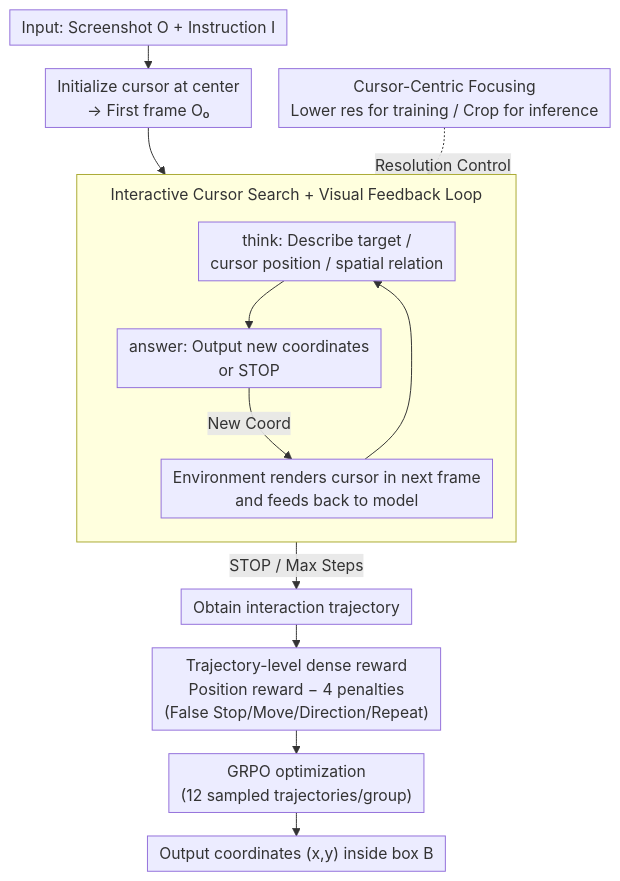
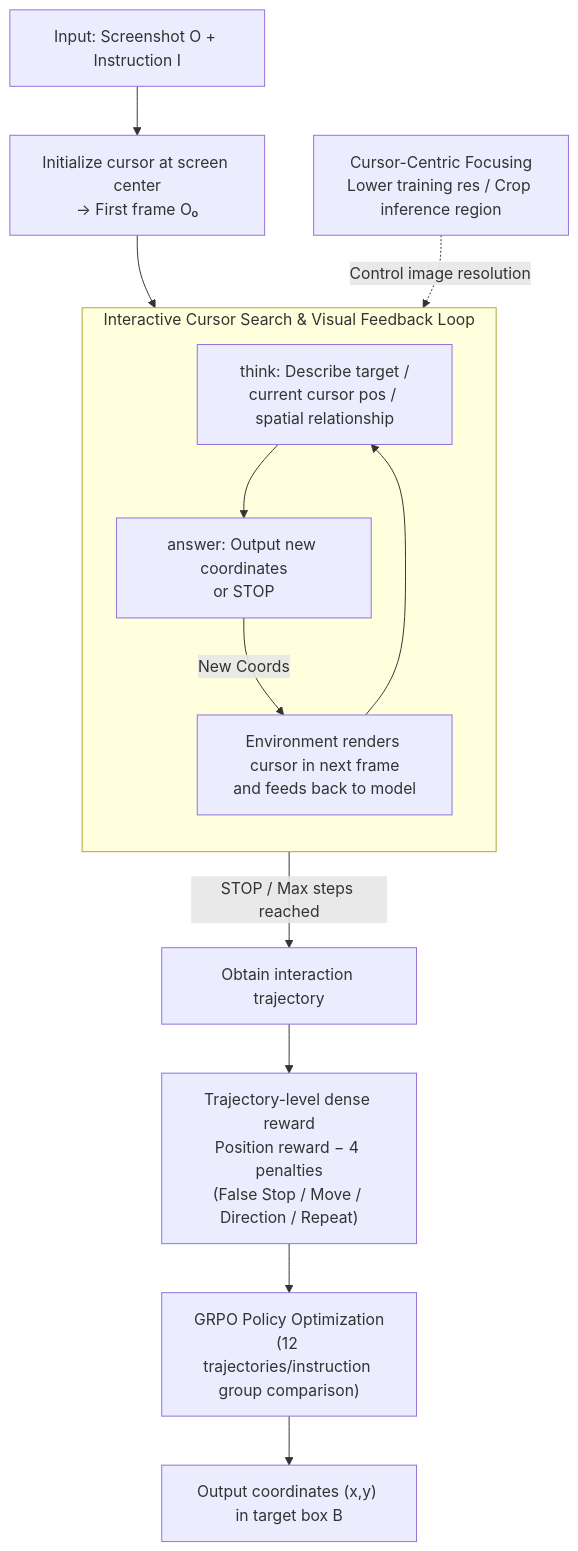
The diagram in docs/ICML2026/vlm_reasoning/learning_gui_grounding_with_spatial_reasoning_from_visual_feedback.md (zhaoyang97/Paper-Notes-en), drawn with Mermaid before and after one commit. The commit also changed other lines of this file and 5084 other files, not shown here.

````diff
--- a/docs/ICML2026/vlm_reasoning/learning_gui_grounding_with_spatial_reasoning_from_visual_feedback.md
+++ b/docs/ICML2026/vlm_reasoning/learning_gui_grounding_with_spatial_reasoning_from_visual_feedback.md
@@ -52,18 +52,17 @@
 ```mermaid
-%%{init: {'flowchart': {'rankSpacing': 24, 'nodeSpacing': 28, 'padding': 6, 'wrappingWidth': 400, 'subGraphTitleMargin': {'top': 8, 'bottom': 16}}}}%%
-flowchart TD
-    IN["Input: Screenshot O + Instruction I"] --> INIT["Initialize cursor at center<br/>→ First frame O₀"]
+graph TD
+    IN["Input: Screenshot O + Instruction I"] --> INIT["Initialize cursor at screen center<br/>→ First frame O₀"]
     INIT --> THINK
-    subgraph LOOP["Interactive Cursor Search + Visual Feedback Loop"]
+    subgraph LOOP["Interactive Cursor Search & Visual Feedback Loop"]
         direction TB
-        THINK["think: Describe target /<br/>cursor position / spatial relation"]
+        THINK["think: Describe target /<br/>current cursor pos / spatial relationship"]
         THINK --> ANS["answer: Output new coordinates<br/>or STOP"]
-        ANS -->|"New Coord"| RENDER["Environment renders cursor in next frame<br/>and feeds back to model"]
+        ANS -->|"New Coords"| RENDER["Environment renders cursor in next frame<br/>and feeds back to model"]
         RENDER --> THINK
     end
-    ANS -->|"STOP / Max Steps"| TRAJ["Obtain interaction trajectory"]
-    TRAJ --> REWARD["Trajectory-level dense reward<br/>Position reward − 4 penalties<br/>(False Stop/Move/Direction/Repeat)"]
-    REWARD --> GRPO["GRPO optimization<br/>(12 sampled trajectories/group)"]
-    GRPO --> OUT["Output coordinates (x,y) inside box B"]
-    CCF["Cursor-Centric Focusing<br/>Lower res for training / Crop for inference"] -.->|"Resolution Control"| LOOP
+    ANS -->|"STOP / Max steps reached"| TRAJ["Obtain interaction trajectory"]
+    TRAJ --> REWARD["Trajectory-level dense reward<br/>Position reward − 4 penalties<br/>(False Stop / Move / Direction / Repeat)"]
+    REWARD --> GRPO["GRPO Policy Optimization<br/>(12 trajectories/instruction group comparison)"]
+    GRPO --> OUT["Output coordinates (x,y) in target box B"]
+    CCF["Cursor-Centric Focusing<br/>Lower training res / Crop inference region"] -.->|"Control image resolution"| LOOP
 ```
````
